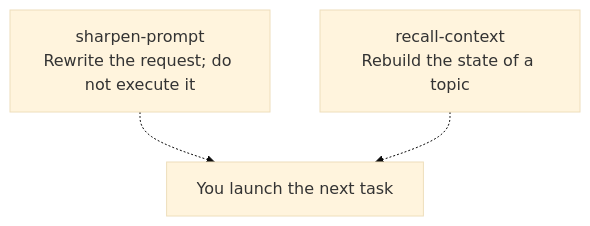
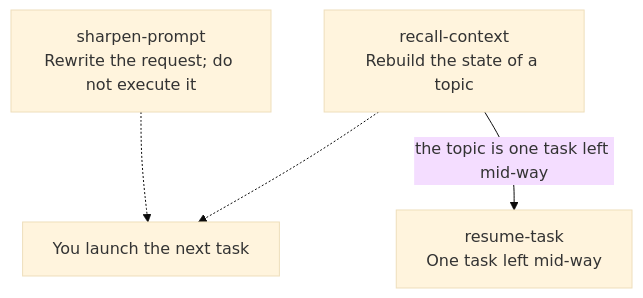
Before and after one commit to Ilian-Allaf/skillstack: the sixth of 9 diagrams in skills/README.md, drawn with Mermaid (base theme). The commit also changed other lines of this file and 1 other file, not shown here.

First line of the commit message:
Bring the map's diagrams in line with the skills

````diff
--- a/skills/README.md
+++ b/skills/README.md
@@ -271,8 +278,10 @@
 ```mermaid
 flowchart TB
     sharpen["sharpen-prompt<br/>Rewrite the request; do not execute it"]
     recall["recall-context<br/>Rebuild the state of a topic"]
+    resume["resume-task<br/>One task left mid-way"]
     next["You launch the next task"]
     sharpen -.-> next
     recall -.-> next
+    recall -->|the topic is one task left mid-way| resume
 ```
````
